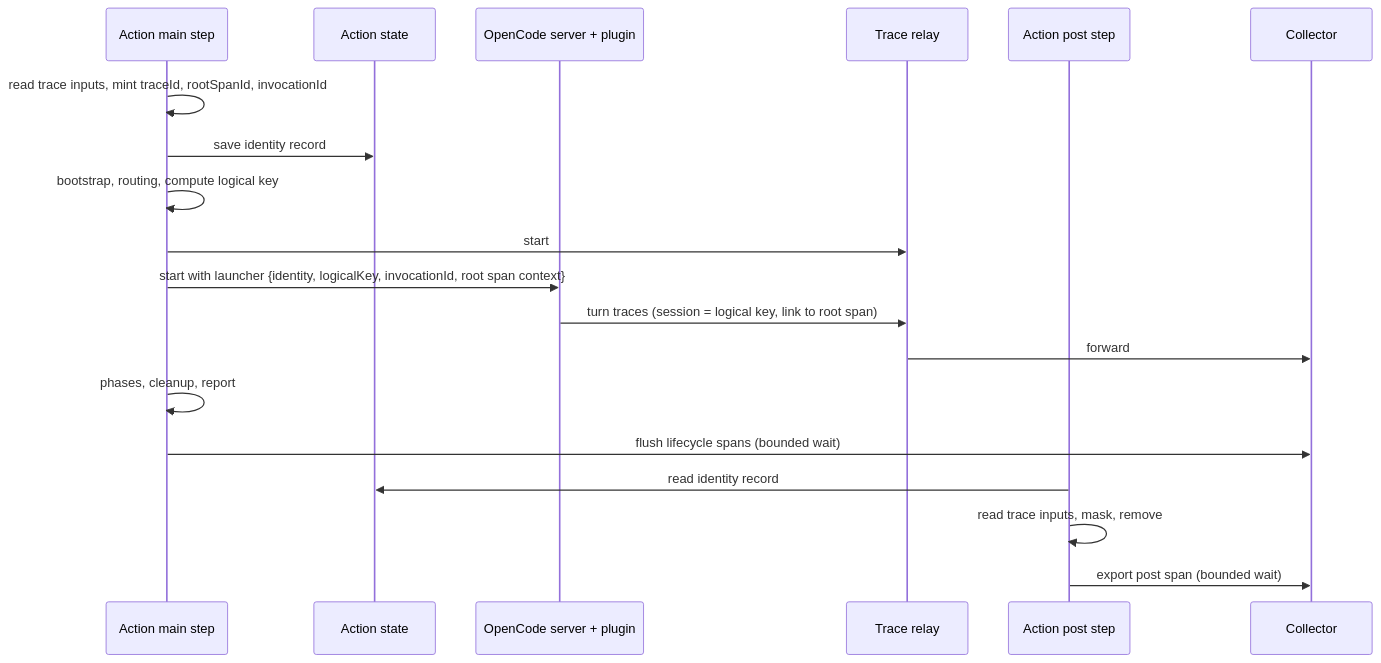
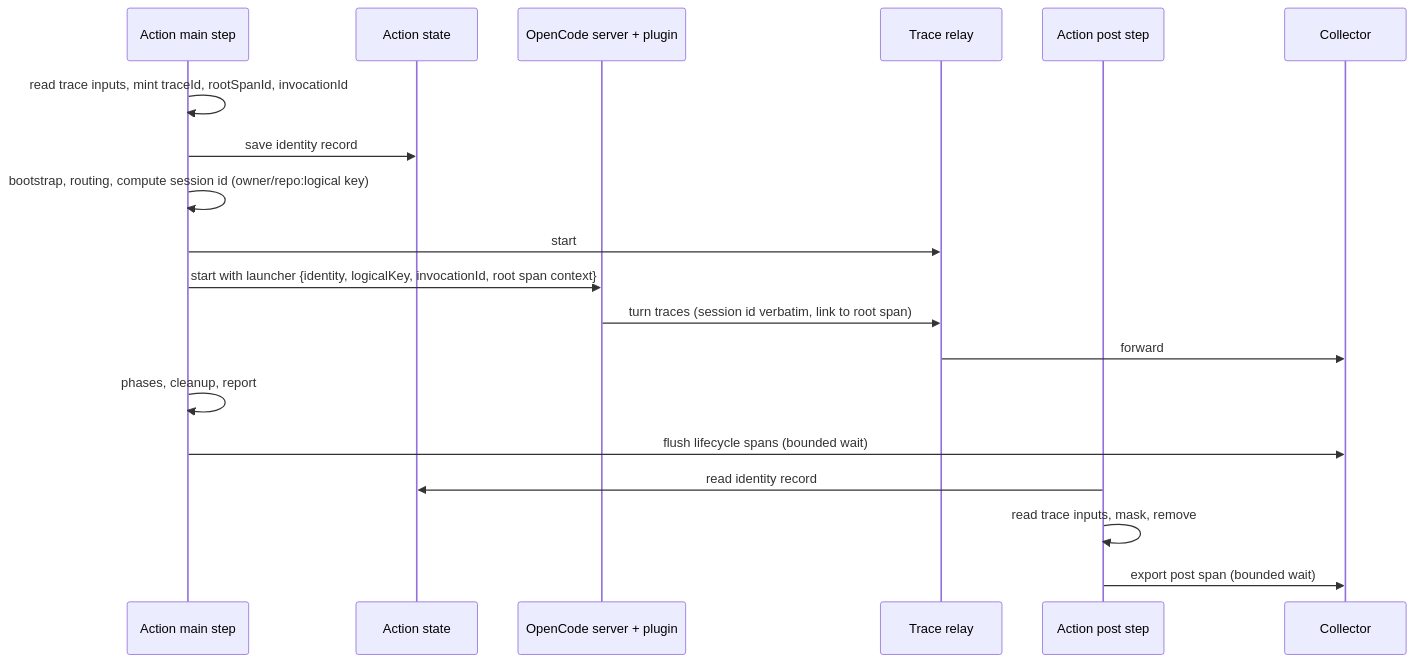
One commit to fro-bot/agent changed the diagram in docs/plans/2026-11-23-001-feat-action-lifecycle-tracing-plan.md. Above: the diagram before and after it, drawn with Mermaid. The commit also changed other lines of this file, not shown here.

Commit message:
docs(plan): pass one canonical session id to the plugin; refuse any NODE_DEBUG

````diff
--- a/docs/plans/2026-11-23-001-feat-action-lifecycle-tracing-plan.md
+++ b/docs/plans/2026-11-23-001-feat-action-lifecycle-tracing-plan.md
@@ -199,21 +199,21 @@
 ```mermaid
 sequenceDiagram
     participant Main as Action main step
     participant State as Action state
     participant Srv as OpenCode server + plugin
     participant Relay as Trace relay
     participant Post as Action post step
     participant Col as Collector
     Main->>Main: read trace inputs, mint traceId, rootSpanId, invocationId
     Main->>State: save identity record
-    Main->>Main: bootstrap, routing, compute logical key
+    Main->>Main: bootstrap, routing, compute session id (owner/repo:logical key)
     Main->>Relay: start
     Main->>Srv: start with launcher {identity, logicalKey, invocationId, root span context}
-    Srv->>Relay: turn traces (session = logical key, link to root span)
+    Srv->>Relay: turn traces (session id verbatim, link to root span)
     Relay->>Col: forward
     Main->>Main: phases, cleanup, report
     Main->>Col: flush lifecycle spans (bounded wait)
     Post->>State: read identity record
     Post->>Post: read trace inputs, mask, remove
     Post->>Col: export post span (bounded wait)
 ```
````
